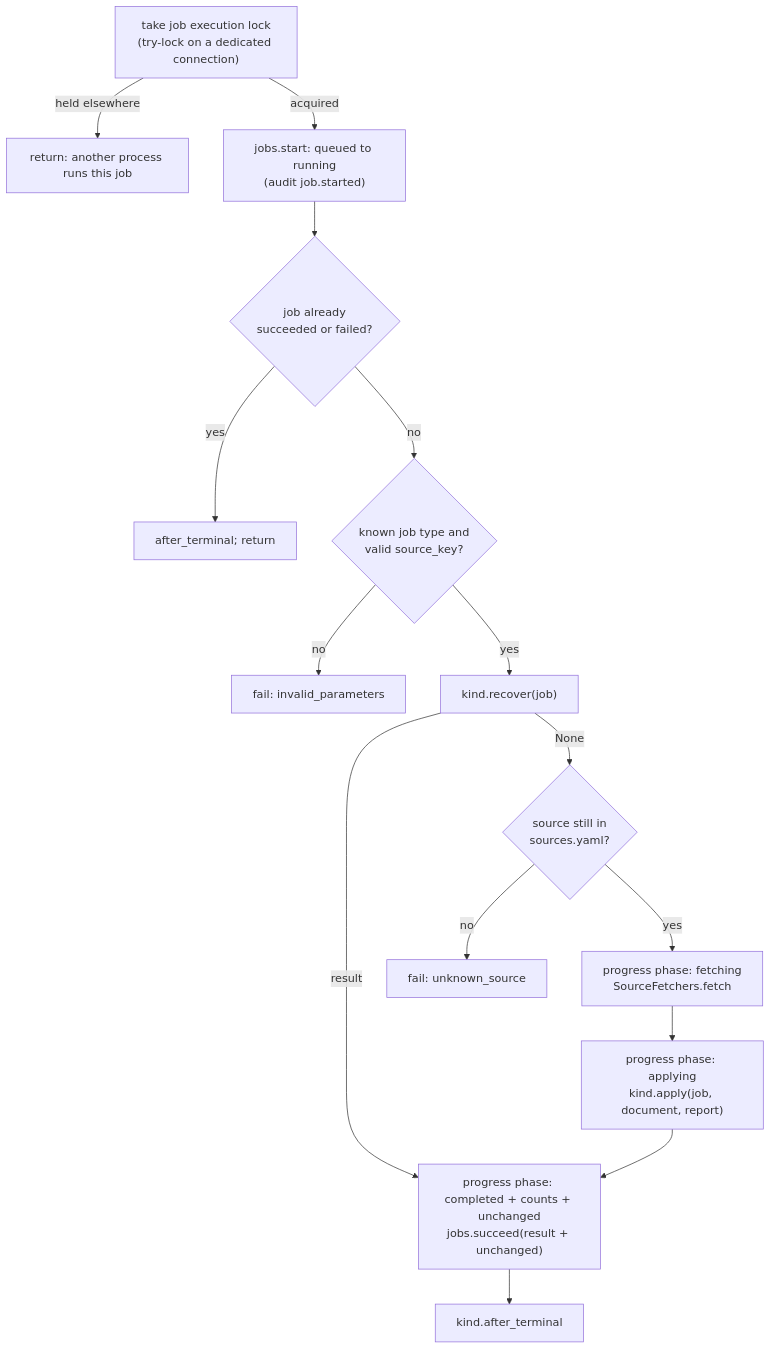
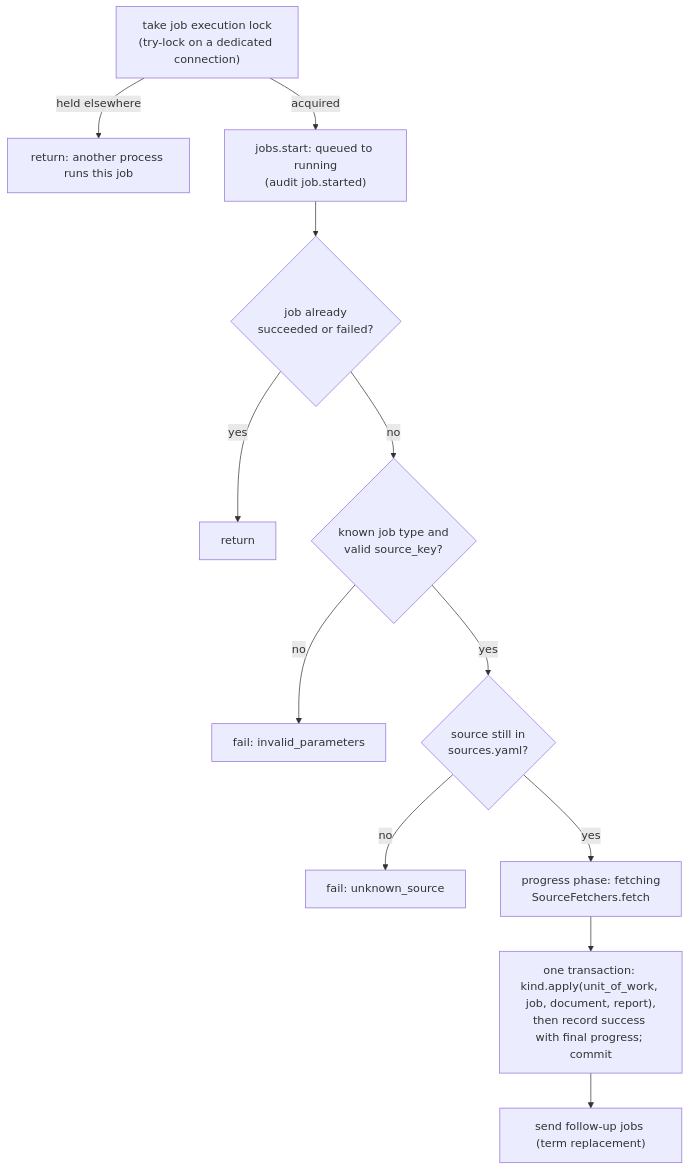
One commit to geneontology/standard-annotation-backend changed the fourth of 5 diagrams in docs/refresh-infrastructure.md. Above: the diagram before and after it, drawn with Mermaid. The commit also changed other lines of this file and 85 other files, not shown here.

````diff
--- a/docs/refresh-infrastructure.md
+++ b/docs/refresh-infrastructure.md
@@ -168,17 +179,14 @@
 ```mermaid
 flowchart TD
     A["take job execution lock<br/>(try-lock on a dedicated connection)"] -->|held elsewhere| Z1["return: another process runs this job"]
     A -->|acquired| B["jobs.start: queued to running<br/>(audit job.started)"]
     B --> C{"job already<br/>succeeded or failed?"}
-    C -->|yes| Z2["after_terminal; return"]
+    C -->|yes| Z2["return"]
     C -->|no| D{"known job type and<br/>valid source_key?"}
     D -->|no| F1["fail: invalid_parameters"]
-    D -->|yes| E["kind.recover(job)"]
-    E -->|result| H["finish"]
-    E -->|None| G{"source still in<br/>sources.yaml?"}
+    D -->|yes| G{"source still in<br/>sources.yaml?"}
     G -->|no| F2["fail: unknown_source"]
     G -->|yes| I["progress phase: fetching<br/>SourceFetchers.fetch"]
-    I --> K["progress phase: applying<br/>kind.apply(job, document, report)"]
-    K --> H
-    H["progress phase: completed + counts + unchanged<br/>jobs.succeed(result + unchanged)"] --> L["kind.after_terminal"]
+    I --> K["one transaction: kind.apply(unit_of_work, job, document, report),<br/>then record success with final progress; commit"]
+    K --> L["send follow-up jobs (term replacement)"]
 ```
````
